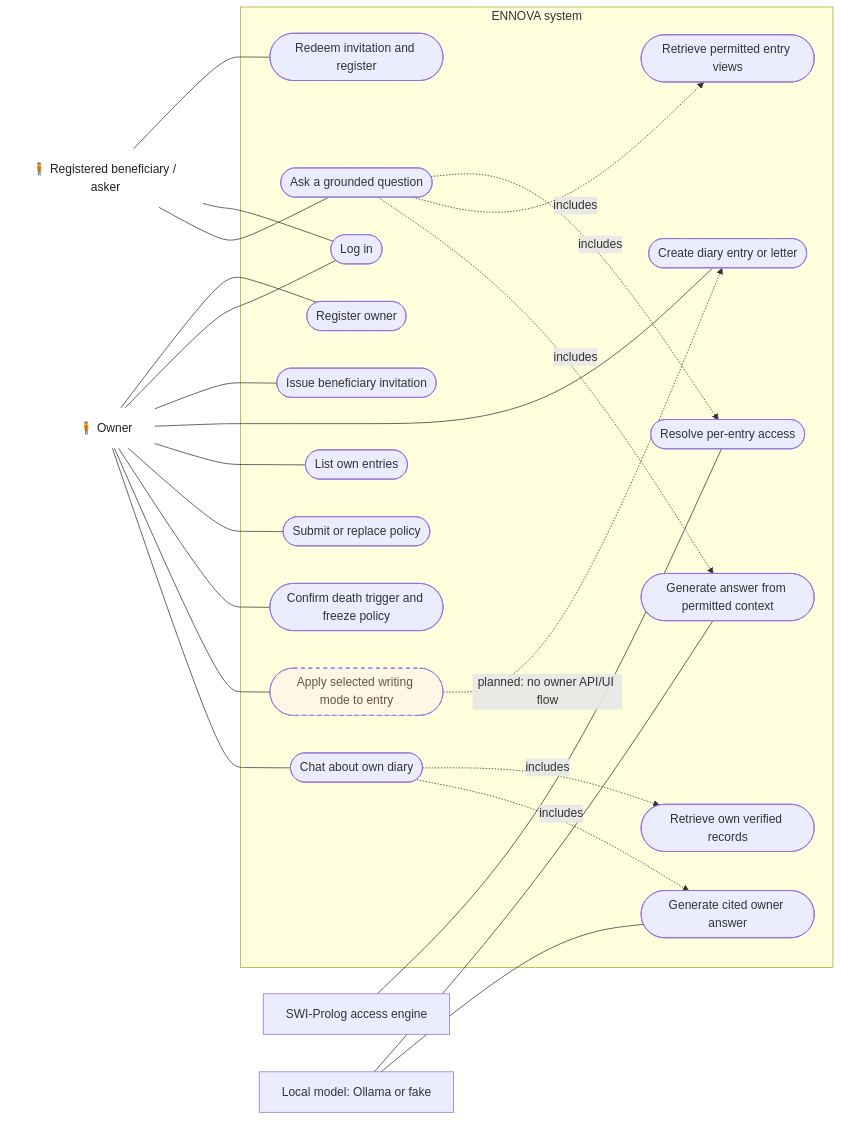
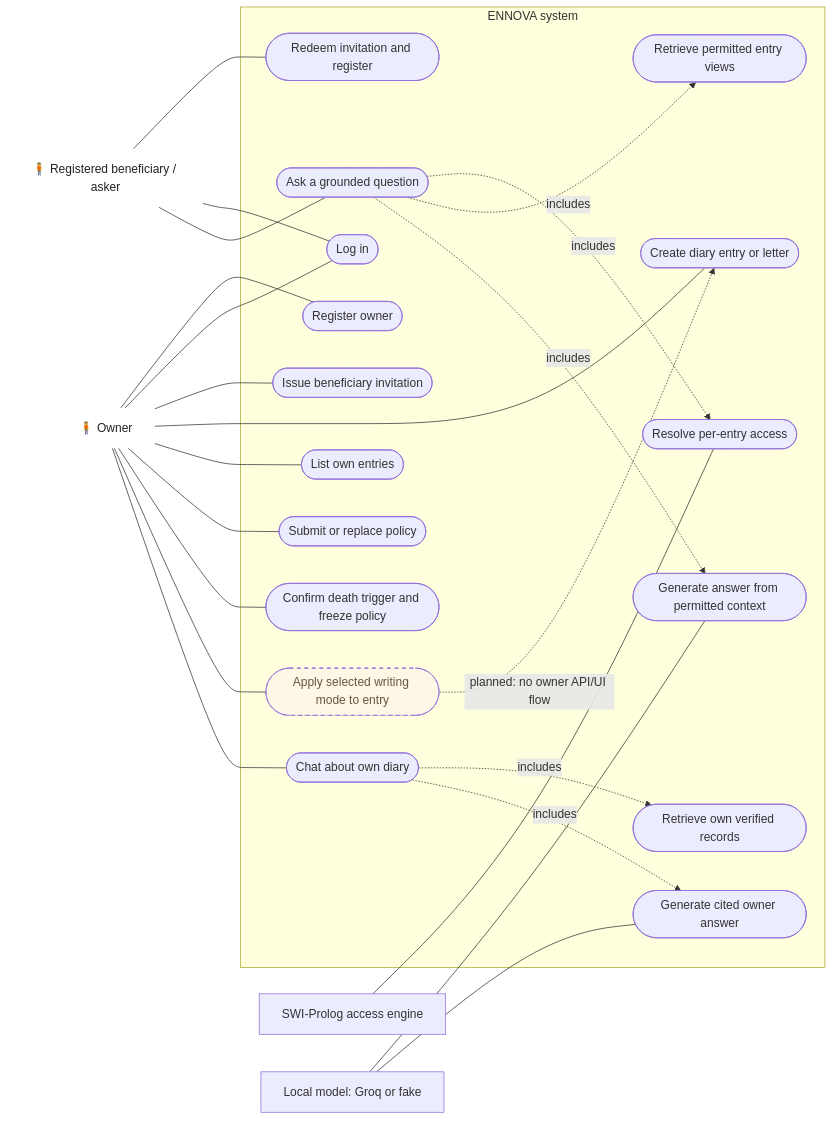
Before and after one commit to rnzel/ennova: the diagram in docs/uml/use-case-diagram.md, drawn with Mermaid. The commit also changed 17 other files, not shown here.

````diff
--- a/docs/uml/use-case-diagram.md
+++ b/docs/uml/use-case-diagram.md
@@ -5,56 +5,56 @@
 ```mermaid
 flowchart LR
     Owner["🧍 Owner"]
     Beneficiary["🧍 Registered beneficiary / asker"]
     Prolog[SWI-Prolog access engine]
-    Model[Local model: Ollama or fake]
+    Model[Local model: Groq or fake]
 
     subgraph ENNOVA[ENNOVA system]
         UCRegisterOwner([Register owner])
         UCLogin([Log in])
         UCInvite([Issue beneficiary invitation])
         UCRedeem([Redeem invitation and register])
         UCCreate([Create diary entry or letter])
         UCList([List own entries])
         UCPolicy([Submit or replace policy])
         UCTrigger([Confirm death trigger and freeze policy])
         UCAsk([Ask a grounded question])
         UCOwnerAsk([Chat about own diary])
         UCAccess([Resolve per-entry access])
         UCRetrieve([Retrieve permitted entry views])
         UCAnswer([Generate answer from permitted context])
         UCOwnerRetrieve([Retrieve own verified records])
         UCOwnerAnswer([Generate cited owner answer])
         UCMode([Apply selected writing mode to entry])
     end
 
     Owner --- UCRegisterOwner
     Owner --- UCLogin
     Owner --- UCInvite
     Owner --- UCCreate
     Owner --- UCList
     Owner --- UCPolicy
     Owner --- UCTrigger
     Owner --- UCMode
     Owner --- UCOwnerAsk
 
     Beneficiary --- UCRedeem
     Beneficiary --- UCLogin
     Beneficiary --- UCAsk
 
     UCAsk -. includes .-> UCAccess
     UCAsk -. includes .-> UCRetrieve
     UCAsk -. includes .-> UCAnswer
     UCOwnerAsk -. includes .-> UCOwnerRetrieve
     UCOwnerAsk -. includes .-> UCOwnerAnswer
     Prolog --- UCAccess
     Model --- UCAnswer
     Model --- UCOwnerAnswer
 
     UCMode -. "planned: no owner API/UI flow" .-> UCCreate
 
     classDef planned stroke-dasharray: 5 5,fill:#fff7e6,color:#654;
     class UCMode planned;
     classDef actor fill:transparent,stroke:transparent,color:#222;
     class Owner,Beneficiary actor;
 ```
````
